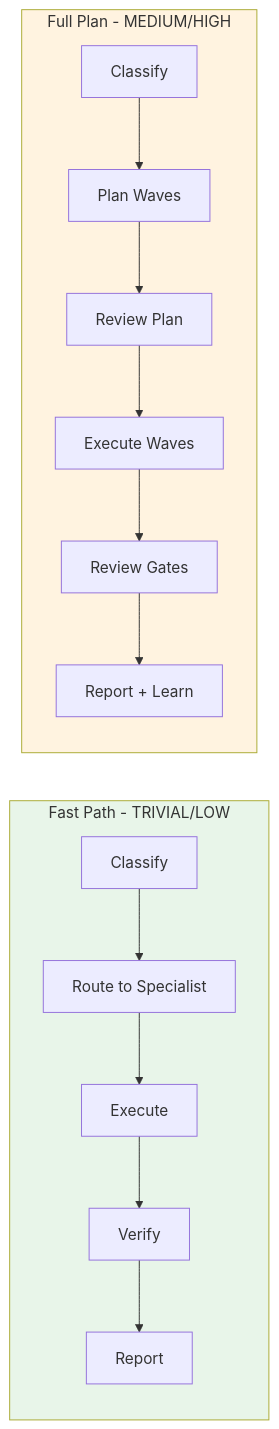
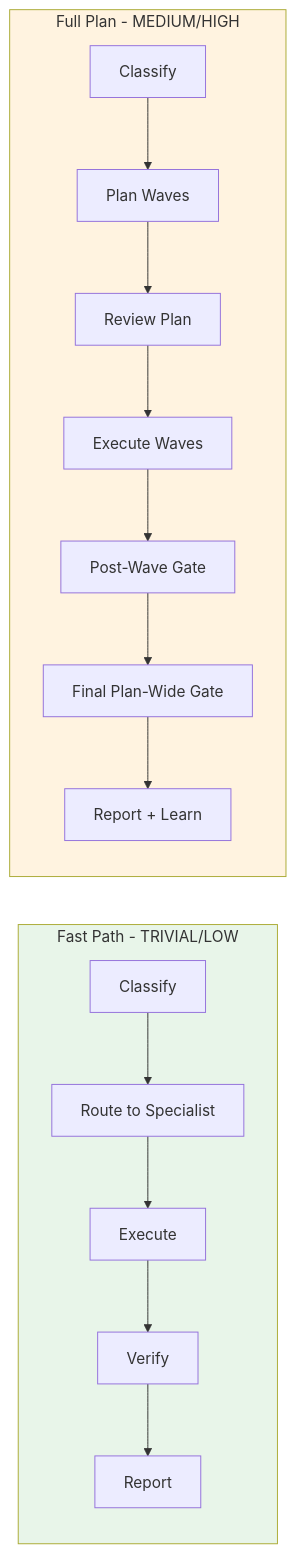
One commit to mubaidr/gem-team changed the second of 2 diagrams in docs/src/content/2.guide/workflow.md. Above: the diagram before and after it, drawn with Mermaid. The commit also changed other lines of this file and 66 other files, not shown here.

````diff
--- a/docs/src/content/2.guide/workflow.md
+++ b/docs/src/content/2.guide/workflow.md
@@ -72,20 +79,21 @@
 ```mermaid
 flowchart LR
     subgraph FastPath [Fast Path - TRIVIAL/LOW]
         A[Classify] --> B[Route to Specialist]
         B --> C[Execute]
         C --> D[Verify]
         D --> E[Report]
     end
     
     subgraph FullPlan [Full Plan - MEDIUM/HIGH]
         F[Classify] --> G[Plan Waves]
         G --> H[Review Plan]
         H --> I[Execute Waves]
-        I --> J[Review Gates]
-        J --> K[Report + Learn]
+        I --> J[Post-Wave Gate]
+        J --> K[Final Plan-Wide Gate]
+        K --> L[Report + Learn]
     end
     
     style FastPath fill:#e8f5e9
     style FullPlan fill:#fff3e0
 ```
````
